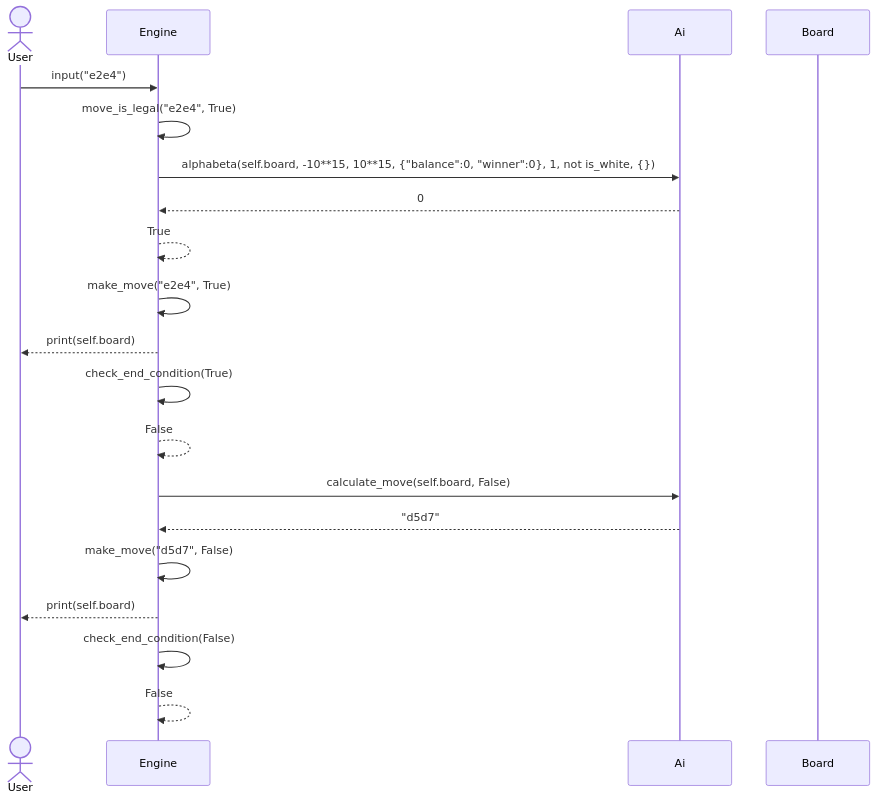
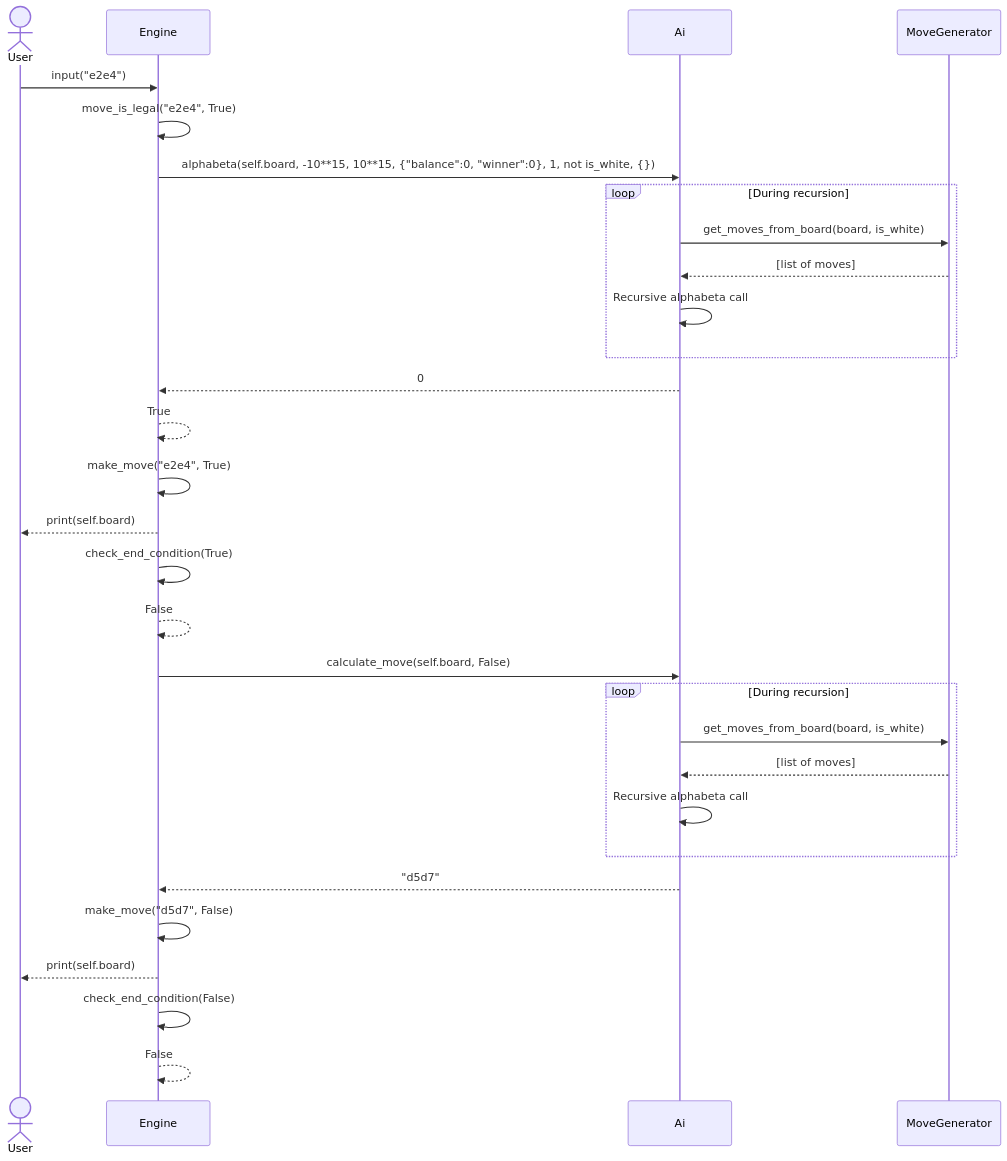
One commit to rikumat/chess-engine changed the second of 3 diagrams in documentation/implementation.md. Above: the diagram before and after it, drawn with Mermaid. The commit also changed other lines of this file, not shown here.

````diff
--- a/documentation/implementation.md
+++ b/documentation/implementation.md
@@ -47,23 +47,37 @@
 ```mermaid
 sequenceDiagram
   actor User
   participant Engine
   participant Ai
-  participant Board
+  participant MoveGenerator
 
   User ->> Engine: input("e2e4")
   Engine ->> Engine: move_is_legal("e2e4", True)
   Engine ->> Ai: alphabeta(self.board, -10**15, 10**15, {"balance":0, "winner":0}, 1, not is_white, {})
+
+  loop During recursion
+  Ai ->> MoveGenerator: get_moves_from_board(board, is_white)
+  MoveGenerator -->> Ai: [list of moves]
+  Ai ->> Ai: Recursive alphabeta call
+  end
+
   Ai -->> Engine: 0
   Engine -->> Engine: True
   Engine ->> Engine: make_move("e2e4", True)
   Engine -->> User: print(self.board)
   Engine ->> Engine: check_end_condition(True)
   Engine -->> Engine: False
   Engine ->> Ai: calculate_move(self.board, False)
+
+  loop During recursion
+  Ai ->> MoveGenerator: get_moves_from_board(board, is_white)
+  MoveGenerator -->> Ai: [list of moves]
+  Ai ->> Ai: Recursive alphabeta call
+  end
+
   Ai -->> Engine: "d5d7"
   Engine ->> Engine: make_move("d5d7", False)
   Engine -->> User: print(self.board)
   Engine ->> Engine: check_end_condition(False)
   Engine -->> Engine: False
   ```
````
